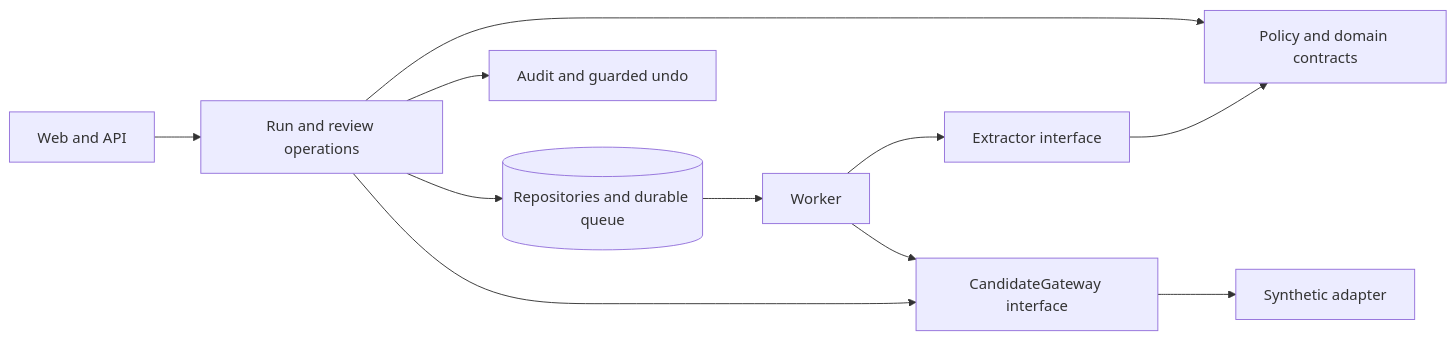
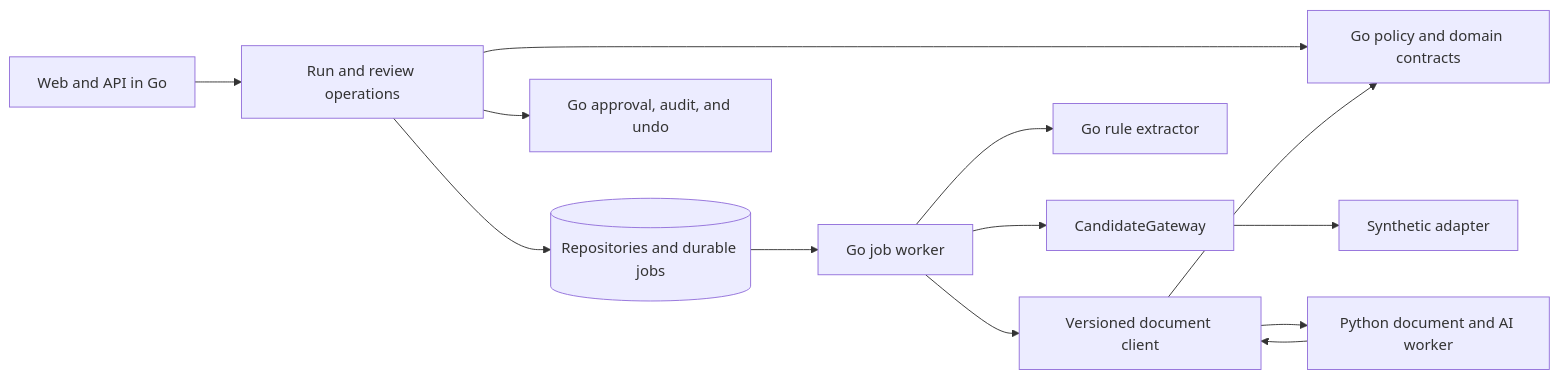
The diagram in docs/architecture.md (khoryik96-creator/Garbage), drawn with Mermaid before and after one commit. The commit also changed other lines of this file and 91 other files, not shown here.

Commit message:
Migrate application core to Go with a versioned Python document worker

````diff
--- a/docs/architecture.md
+++ b/docs/architecture.md
@@ -3,13 +3,15 @@
 ```mermaid
 flowchart LR
-  UI[Web and API] --> R[Run and review operations]
-  R --> P[Policy and domain contracts]
-  R --> DB[(Repositories and durable queue)]
-  DB --> W[Worker]
-  W --> G[CandidateGateway interface]
-  W --> E[Extractor interface]
-  E --> P
+  UI[Web and API in Go] --> R[Run and review operations]
+  R --> P[Go policy and domain contracts]
+  R --> DB[(Repositories and durable jobs)]
+  DB --> W[Go job worker]
+  W --> G[CandidateGateway]
   G --> D[Synthetic adapter]
-  R --> G
-  R --> A[Audit and guarded undo]
+  W --> E[Go rule extractor]
+  W --> C[Versioned document client]
+  C --> PY[Python document and AI worker]
+  PY --> C
+  C --> P
+  R --> A[Go approval, audit, and undo]
 ```
````
